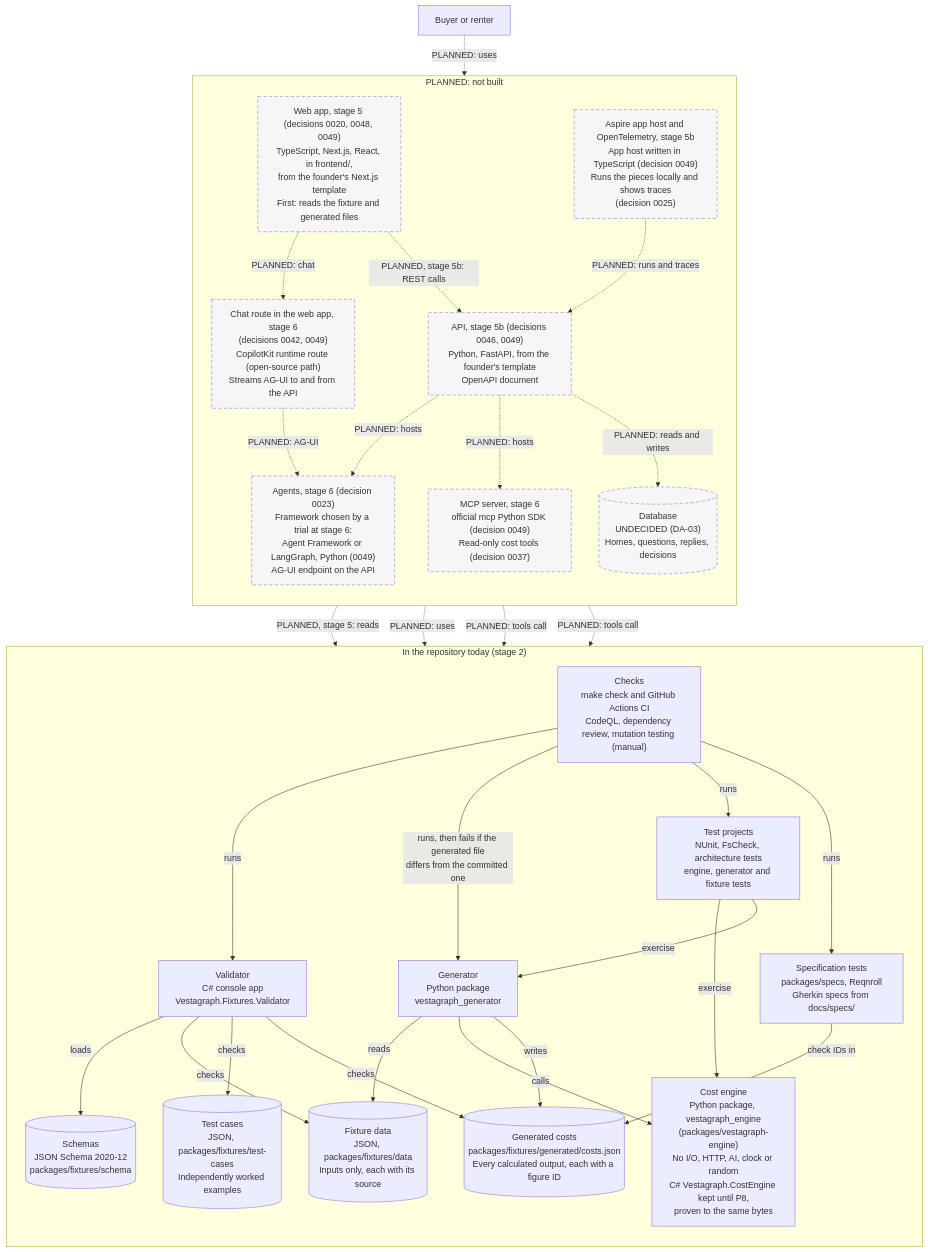
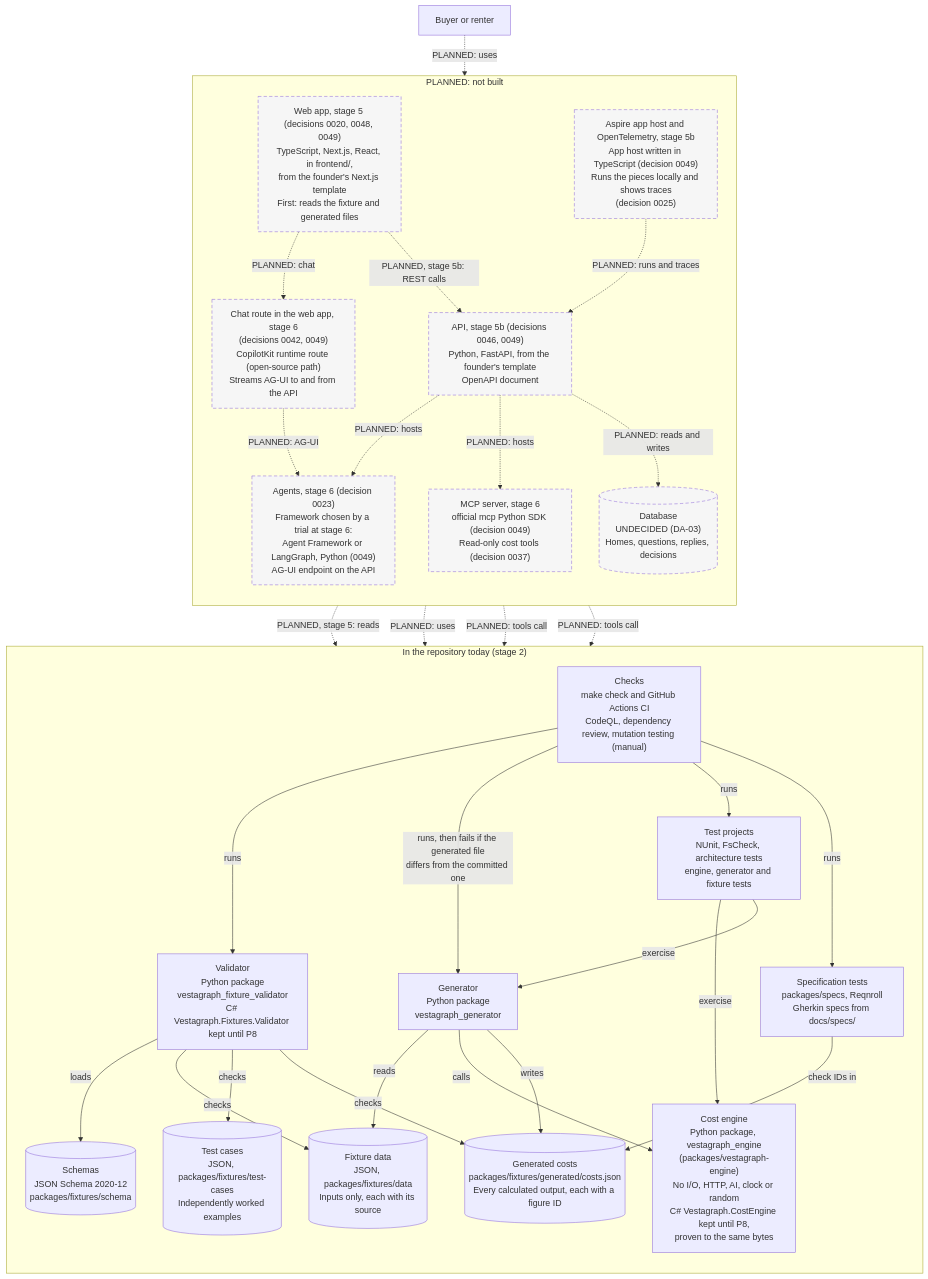
One commit to olaheavy-dev/homescout-platform changed the second of 2 diagrams in docs/architecture/README.md. Above: the diagram before and after it, drawn with Mermaid. The commit also changed other lines of this file and 23 other files, not shown here.

First line of the commit message:
test: Python fixture validator and fixture tests, make validate switched (P5, #192) (#208)

````diff
--- a/docs/architecture/README.md
+++ b/docs/architecture/README.md
@@ -47,60 +47,60 @@
 ```mermaid
 flowchart TB
     user["Buyer or renter"]
 
     subgraph today["In the repository today (stage 2)"]
         direction TB
         data[("Fixture data<br/>JSON, packages/fixtures/data<br/>Inputs only, each with its source")]
         schema[("Schemas<br/>JSON Schema 2020-12<br/>packages/fixtures/schema")]
         cases[("Test cases<br/>JSON, packages/fixtures/test-cases<br/>Independently worked examples")]
         engine["Cost engine<br/>Python package, vestagraph_engine<br/>(packages/vestagraph-engine)<br/>No I/O, HTTP, AI, clock or random<br/>C# Vestagraph.CostEngine kept until P8,<br/>proven to the same bytes"]
         generator["Generator<br/>Python package<br/>vestagraph_generator"]
         generated[("Generated costs<br/>packages/fixtures/generated/costs.json<br/>Every calculated output, each with a figure ID")]
-        validator["Validator<br/>C# console app<br/>Vestagraph.Fixtures.Validator"]
+        validator["Validator<br/>Python package<br/>vestagraph_fixture_validator<br/>C# Vestagraph.Fixtures.Validator kept until P8"]
         tests["Test projects<br/>NUnit, FsCheck, architecture tests<br/>engine, generator and fixture tests"]
         specs["Specification tests<br/>packages/specs, Reqnroll<br/>Gherkin specs from docs/specs/"]
         ci["Checks<br/>make check and GitHub Actions CI<br/>CodeQL, dependency review, mutation testing (manual)"]
     end
 
     subgraph later["PLANNED: not built"]
         direction TB
         web["Web app, stage 5 (decisions 0020, 0048, 0049)<br/>TypeScript, Next.js, React, in frontend/,<br/>from the founder's Next.js template<br/>First: reads the fixture and generated files"]
         api["API, stage 5b (decisions 0046, 0049)<br/>Python, FastAPI, from the founder's template<br/>OpenAPI document"]
         mcp["MCP server, stage 6<br/>official mcp Python SDK (decision 0049)<br/>Read-only cost tools (decision 0037)"]
         agents["Agents, stage 6 (decision 0023)<br/>Framework chosen by a trial at stage 6:<br/>Agent Framework or LangGraph, Python (0049)<br/>AG-UI endpoint on the API"]
         copilot["Chat route in the web app, stage 6<br/>(decisions 0042, 0049)<br/>CopilotKit runtime route (open-source path)<br/>Streams AG-UI to and from the API"]
         aspire["Aspire app host and OpenTelemetry, stage 5b<br/>App host written in TypeScript (decision 0049)<br/>Runs the pieces locally and shows traces<br/>(decision 0025)"]
         db[("Database<br/>UNDECIDED (DA-03)<br/>Homes, questions, replies, decisions")]
     end
 
     generator -->|reads| data
     generator -->|calls| engine
     generator -->|writes| generated
     validator -->|loads| schema
     validator -->|checks| data
     validator -->|checks| cases
     validator -->|checks| generated
     tests -->|exercise| engine
     tests -->|exercise| generator
     specs -->|check IDs in| generated
     ci -->|runs| validator
     ci -->|"runs, then fails if the generated file<br/>differs from the committed one"| generator
     ci -->|runs| tests
     ci -->|runs| specs
 
     user -.->|"PLANNED: uses"| web
     web -.->|"PLANNED, stage 5: reads"| generated
     web -.->|"PLANNED, stage 5b: REST calls"| api
     web -.->|"PLANNED: chat"| copilot
     copilot -.->|"PLANNED: AG-UI"| agents
     api -.->|"PLANNED: uses"| engine
     api -.->|"PLANNED: hosts"| mcp
     api -.->|"PLANNED: hosts"| agents
     agents -.->|"PLANNED: tools call"| engine
     mcp -.->|"PLANNED: tools call"| engine
     api -.->|"PLANNED: reads and writes"| db
     aspire -.->|"PLANNED: runs and traces"| api
 
     classDef planned stroke-dasharray: 6 4,fill:#f6f6f6,color:#333
     class web,api,mcp,agents,copilot,aspire,db planned
 ```
````
